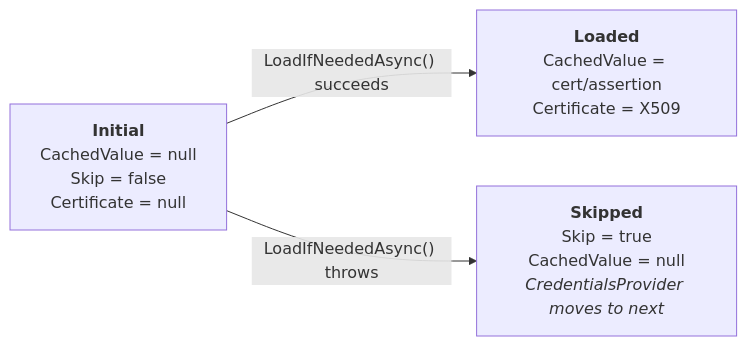
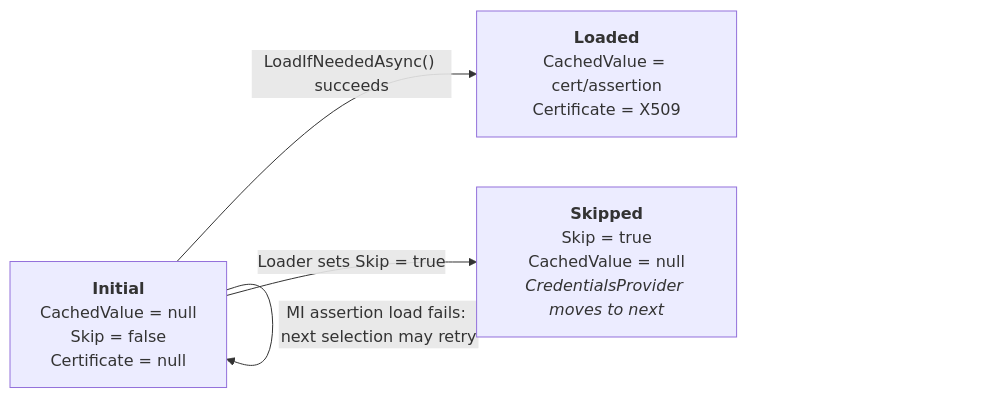
One commit to AzureAD/microsoft-identity-web changed the second of 4 diagrams in docs/design/credential-architecture.md. Above: the diagram before and after it, drawn with Mermaid. The commit also changed other lines of this file and 4 other files, not shown here.

First line of the commit message:
Fix managed identity credential recovery after initial assertion failure

````diff
--- a/docs/design/credential-architecture.md
+++ b/docs/design/credential-architecture.md
@@ -61,9 +61,10 @@
 ```mermaid
 flowchart LR
     Initial["<b>Initial</b><br/>CachedValue = null<br/>Skip = false<br/>Certificate = null"]
     Loaded["<b>Loaded</b><br/>CachedValue = cert/assertion<br/>Certificate = X509"]
     Skipped["<b>Skipped</b><br/>Skip = true<br/>CachedValue = null<br/><i>CredentialsProvider moves to next</i>"]
 
     Initial -->|"LoadIfNeededAsync() succeeds"| Loaded
-    Initial -->|"LoadIfNeededAsync() throws"| Skipped
+    Initial -->|"Loader sets Skip = true"| Skipped
+    Initial -->|"MI assertion load fails: next selection may retry"| Initial
 ```
````
